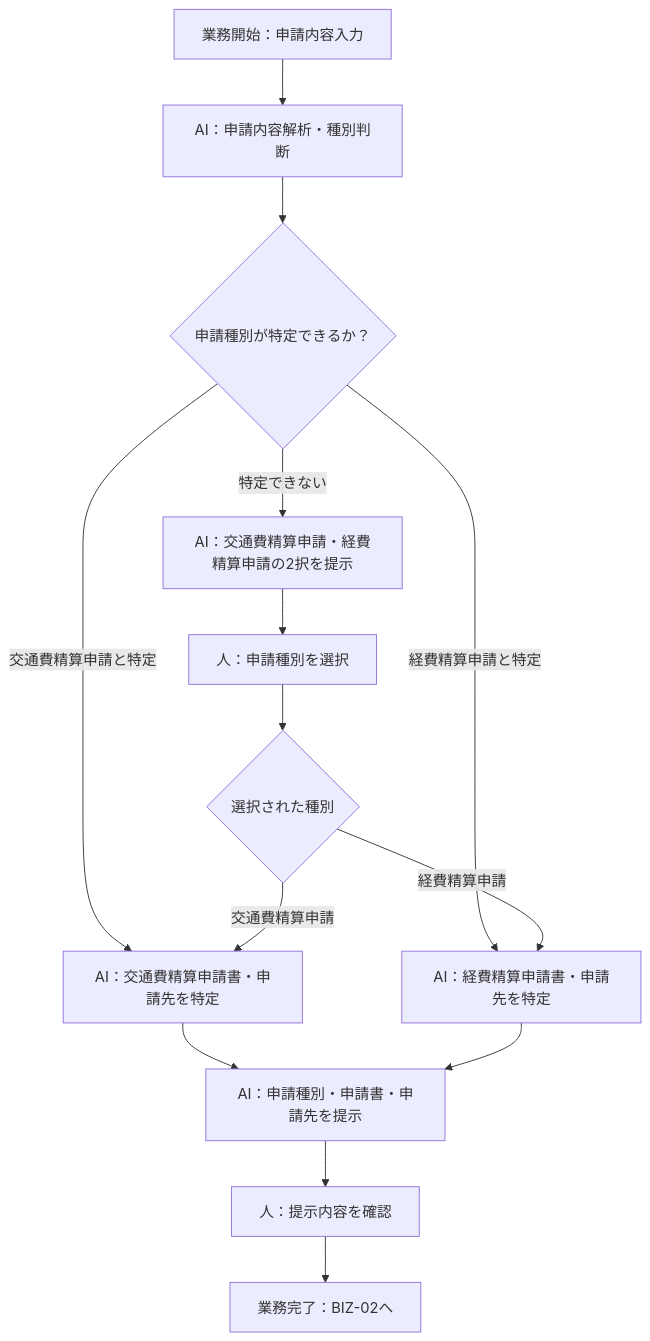
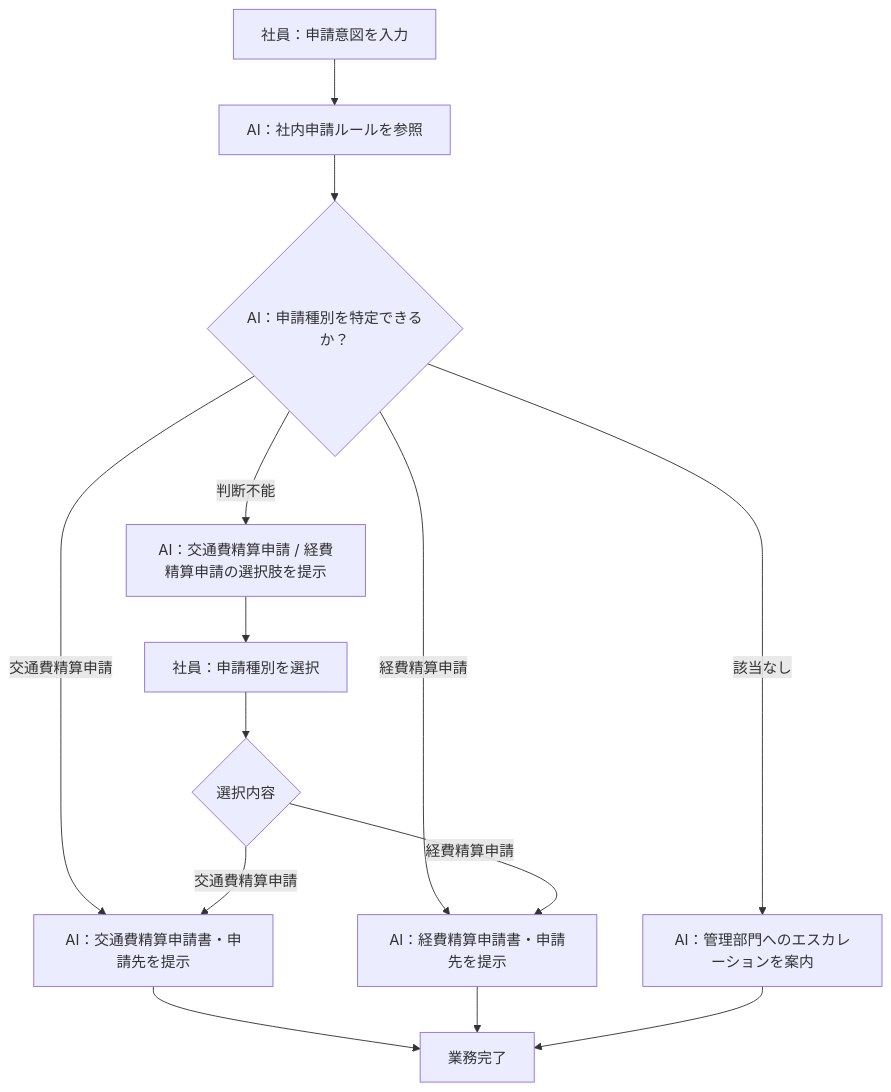
One commit to horii003/AIAgentBookCC changed the first of 5 diagrams in artifacts/01_business-requirements/outputs/業務プロセス定義.md. Above: the diagram before and after it, drawn with Mermaid. The commit also changed other lines of this file and 121 other files, not shown here.

````diff
--- a/artifacts/01_business-requirements/outputs/業務プロセス定義.md
+++ b/artifacts/01_business-requirements/outputs/業務プロセス定義.md
@@ -27,16 +27,16 @@
 ```mermaid
 flowchart TD
-    A[業務開始：申請内容入力] --> B[AI：申請内容解析・種別判断]
-    B --> C{申請種別が特定できるか？}
-    C -->|交通費精算申請と特定| D[AI：交通費精算申請書・申請先を特定]
-    C -->|経費精算申請と特定| E[AI：経費精算申請書・申請先を特定]
-    C -->|特定できない| F[AI：交通費精算申請・経費精算申請の2択を提示]
-    F --> G[人：申請種別を選択]
-    G --> H{選択された種別}
+    A[社員：申請意図を入力] --> B[AI：社内申請ルールを参照]
+    B --> C{AI：申請種別を特定できるか？}
+    C -->|交通費精算申請| D[AI：交通費精算申請書・申請先を提示]
+    C -->|経費精算申請| E[AI：経費精算申請書・申請先を提示]
+    C -->|判断不能| F[AI：交通費精算申請 / 経費精算申請の選択肢を提示]
+    F --> G[社員：申請種別を選択]
+    G --> H{選択内容}
     H -->|交通費精算申請| D
     H -->|経費精算申請| E
-    D --> I[AI：申請種別・申請書・申請先を提示]
-    E --> I
-    I --> J[人：提示内容を確認]
-    J --> K[業務完了：BIZ-02へ]
+    C -->|該当なし| I[AI：管理部門へのエスカレーションを案内]
+    D --> J[業務完了]
+    E --> J
+    I --> J
 ```
````
